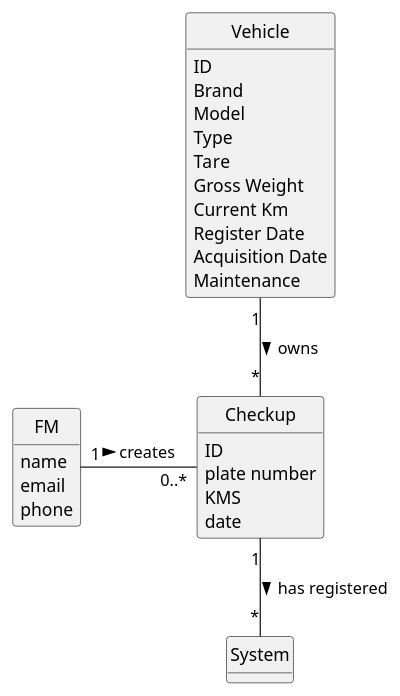
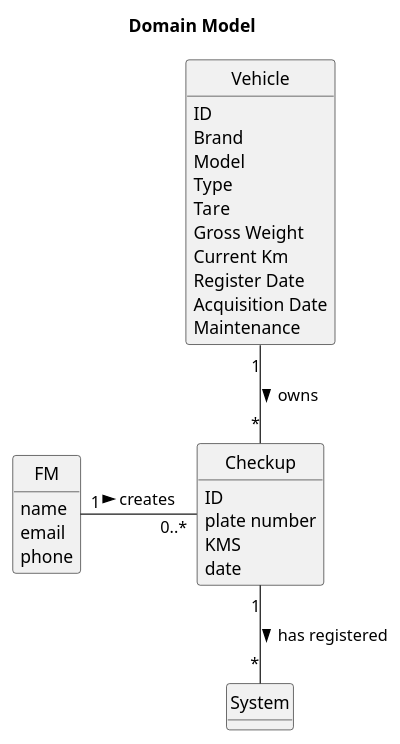
One commit to daniel41silva05/ISEP_2023_2024_LAPR2 changed the diagram in docs/sprintA/us007/02.analysis/puml/us007-domain-model.puml. Above: the diagram before and after it, drawn with PlantUML. The commit also changed 3 other files, not shown here.

```diff
--- a/docs/sprintA/us007/02.analysis/puml/us007-domain-model.puml
+++ b/docs/sprintA/us007/02.analysis/puml/us007-domain-model.puml
@@ -1,65 +1,45 @@
     @startuml
 skinparam monochrome true
 skinparam packageStyle rectangle
 skinparam shadowing false
 
 'left to right direction
 
 skinparam classAttributeIconSize 0
 
 hide circle
 hide methods
 
-'title Domain Model
-
-'class Platform {
-'  -description
-'}
+title Domain Model
 
 class FM {
     name
     email
     phone
 }
 
 class Checkup {
     ID
     plate number
      KMS
      date
 }
 
-'class Category {
-'    description
-'}
-
 class Vehicle {
     ID
     Brand
     Model
     Type
     Tare
     Gross Weight
     Current Km
     Register Date
     Acquisition Date
     Maintenance
 }
 
-'class User {
-'    name
-'    email
-'    password
-'}
-
-'Platform "1" -- "*" Organization : has registered >
-'Platform "1" -- "*" Category : defines >
-'FM "1" - "0..*" Vehicle : has >
 FM "1" - "0..*" Checkup : creates >
-'Task "*" -- "1" Employee: created by >
 Vehicle "1" -- "*" Checkup : owns >
-'Employee "0..1" -- "1" User: acts as >
 Checkup "1" -- "*" System : has registered >
 
-'Checkup "*" - "1" Category: cataloged as >
 @enduml
```
